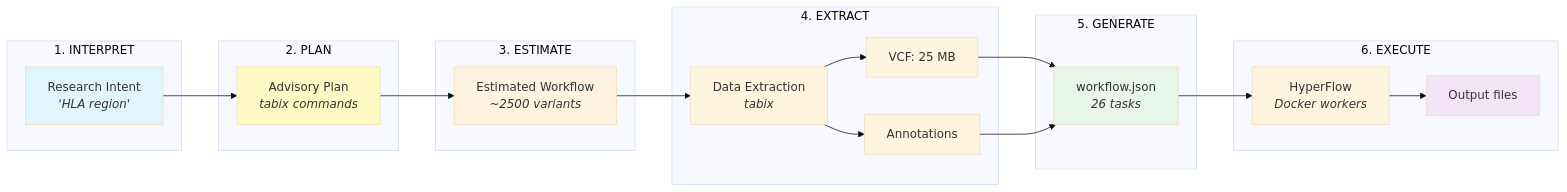
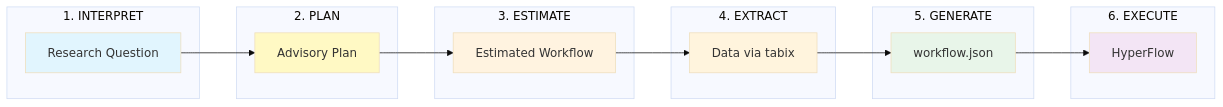
Before and after one commit to hyperflow-wms/1000genome-workflow: the first of 2 diagrams in workflow-composer/README.md, drawn with Mermaid (base theme). The commit also changed other lines of this file, not shown here.

Commit message:
Move pipeline diagram to Overview and remove outdated text
- Added 6-phase pipeline diagram to Overview section for immediate visibility
- Added navigation link to detailed pipeline documentation

````diff
--- a/workflow-composer/README.md
+++ b/workflow-composer/README.md
@@ -218,43 +9,34 @@
 ```mermaid
 flowchart LR
     subgraph Step1["1. INTERPRET"]
-        A["Research Intent<br/><i>'HLA region'</i>"]
+        A["Research Question"]
     end
 
     subgraph Step2["2. PLAN"]
-        B["Advisory Plan<br/><i>tabix commands</i>"]
+        B["Advisory Plan"]
     end
 
     subgraph Step3["3. ESTIMATE"]
-        C["Estimated Workflow<br/><i>~2500 variants</i>"]
+        C["Estimated Workflow"]
     end
 
     subgraph Step4["4. EXTRACT"]
-        D["Data Extraction<br/><i>tabix</i>"]
-        D1["VCF: 25 MB"]
-        D2["Annotations"]
+        D["Data via tabix"]
     end
 
     subgraph Step5["5. GENERATE"]
-        E["workflow.json<br/><i>26 tasks</i>"]
+        E["workflow.json"]
     end
 
     subgraph Step6["6. EXECUTE"]
-        F["HyperFlow<br/><i>Docker workers</i>"]
-        F1["Output files"]
+        F["HyperFlow"]
     end
 
-    A --> B
-    B --> C
-    C --> D
-    D --> D1 & D2
-    D1 & D2 --> E
-    E --> F
-    F --> F1
+    A --> B --> C --> D --> E --> F
 
     style A fill:#e1f5fe
     style B fill:#fff9c4
     style C fill:#fff3e0
     style E fill:#e8f5e9
-    style F1 fill:#f3e5f5
+    style F fill:#f3e5f5
 ```
````
